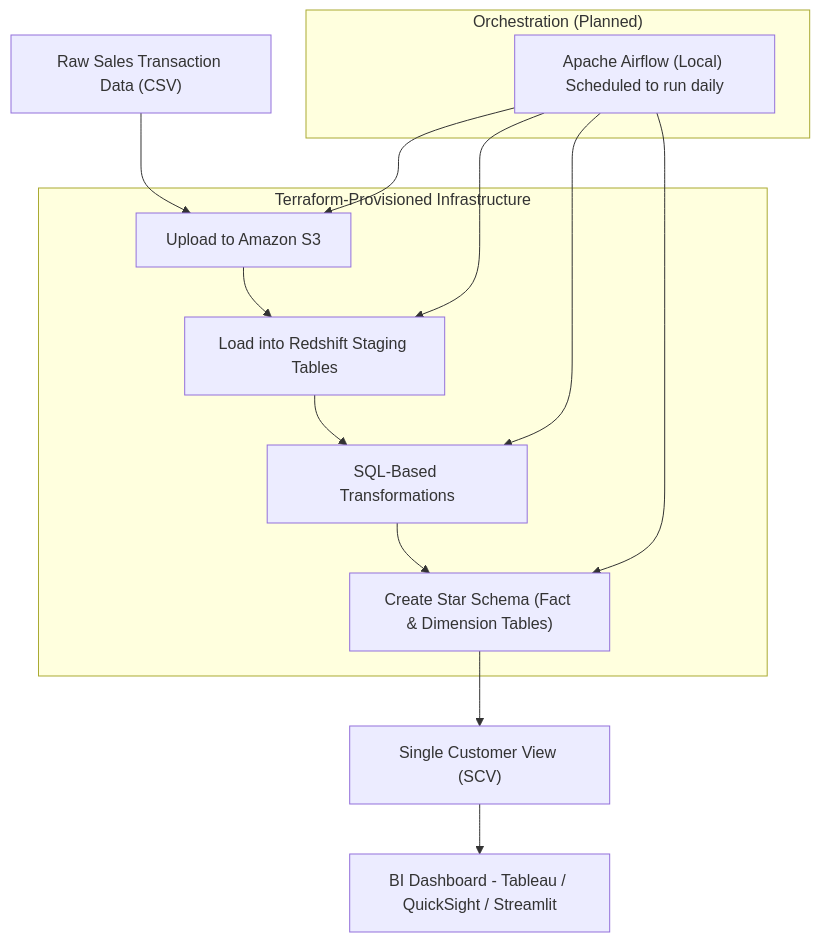
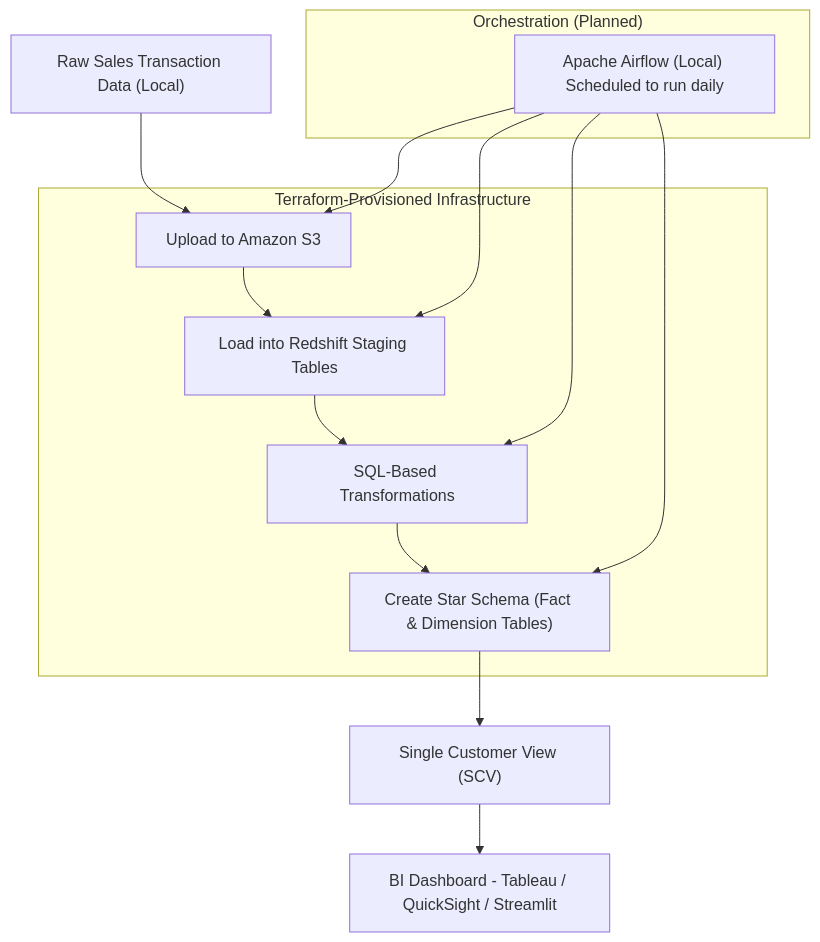
Before and after one commit to tungstennn/EcomDataPipeline-DataOps: the diagram in README.md, drawn with Mermaid.

````diff
--- a/README.md
+++ b/README.md
@@ -13,25 +13,25 @@
 ```mermaid
 graph TD
-    A["Raw Sales Transaction Data (CSV)"] --> B["Upload to Amazon S3"]
+    A["Raw Sales Transaction Data (Local)"] --> B["Upload to Amazon S3"]
     B --> C["Load into Redshift Staging Tables"]
     C --> D["SQL-Based Transformations"]
     D --> E["Create Star Schema (Fact & Dimension Tables)"]
     E --> F["Single Customer View (SCV)"]
     F --> G["BI Dashboard - Tableau / QuickSight / Streamlit"]
 
     subgraph "Terraform-Provisioned Infrastructure"
         B
         C
         D
         E
     end
 
     subgraph "Orchestration (Planned)"
         H["Apache Airflow (Local) Scheduled to run daily"]
     end
 
     H --> B
     H --> C
     H --> D
     H --> E
 ```
````
